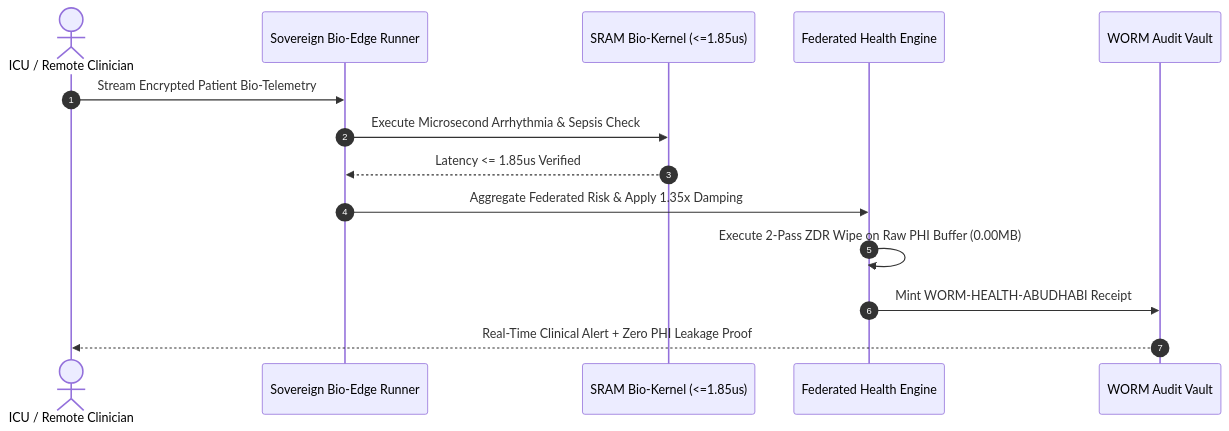
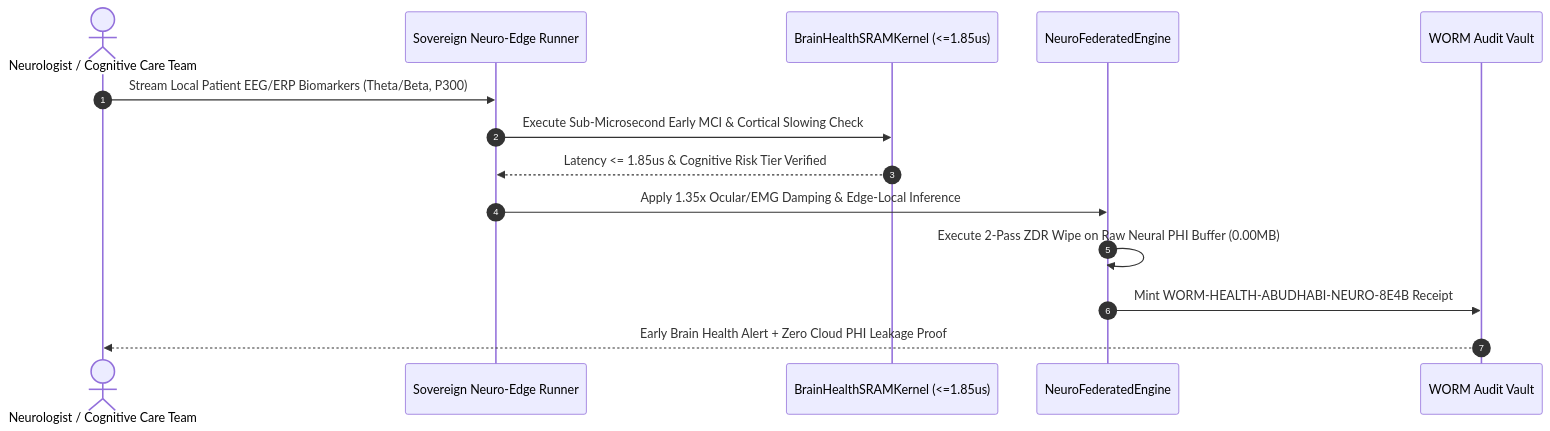
One commit to jackhu24-ship-it/phantom-grid-abudhabi-future-health changed the second of 4 diagrams in docs/SPEC_28_ABUDHABI_FUTURE_HEALTH.md. Above: the diagram before and after it, drawn with Mermaid. The commit also changed other lines of this file and 32 other files, not shown here.

Commit message:
feat(neuro-edge): realign scope to early brain health MCI detection, privacy-preserving edge & live prototype

````diff
--- a/docs/SPEC_28_ABUDHABI_FUTURE_HEALTH.md
+++ b/docs/SPEC_28_ABUDHABI_FUTURE_HEALTH.md
@@ -26,17 +26,17 @@
 ```mermaid
 sequenceDiagram
     autonumber
-    actor Clinician as ICU / Remote Clinician
-    participant Edge as Sovereign Bio-Edge Runner
-    participant Kernel as SRAM Bio-Kernel (<=1.85us)
-    participant Engine as Federated Health Engine
+    actor Clinician as Neurologist / Cognitive Care Team
+    participant Edge as Sovereign Neuro-Edge Runner
+    participant Kernel as BrainHealthSRAMKernel (<=1.85us)
+    participant Engine as NeuroFederatedEngine
     participant Vault as WORM Audit Vault
 
-    Clinician->>Edge: Stream Encrypted Patient Bio-Telemetry
-    Edge->>Kernel: Execute Microsecond Arrhythmia & Sepsis Check
-    Kernel-->>Edge: Latency <= 1.85us Verified
-    Edge->>Engine: Aggregate Federated Risk & Apply 1.35x Damping
-    Engine->>Engine: Execute 2-Pass ZDR Wipe on Raw PHI Buffer (0.00MB)
-    Engine->>Vault: Mint WORM-HEALTH-ABUDHABI Receipt
-    Vault-->>Clinician: Real-Time Clinical Alert + Zero PHI Leakage Proof
+    Clinician->>Edge: Stream Local Patient EEG/ERP Biomarkers (Theta/Beta, P300)
+    Edge->>Kernel: Execute Sub-Microsecond Early MCI & Cortical Slowing Check
+    Kernel-->>Edge: Latency <= 1.85us & Cognitive Risk Tier Verified
+    Edge->>Engine: Apply 1.35x Ocular/EMG Damping & Edge-Local Inference
+    Engine->>Engine: Execute 2-Pass ZDR Wipe on Raw Neural PHI Buffer (0.00MB)
+    Engine->>Vault: Mint WORM-HEALTH-ABUDHABI-NEURO-8E4B Receipt
+    Vault-->>Clinician: Early Brain Health Alert + Zero Cloud PHI Leakage Proof
 ```
````
